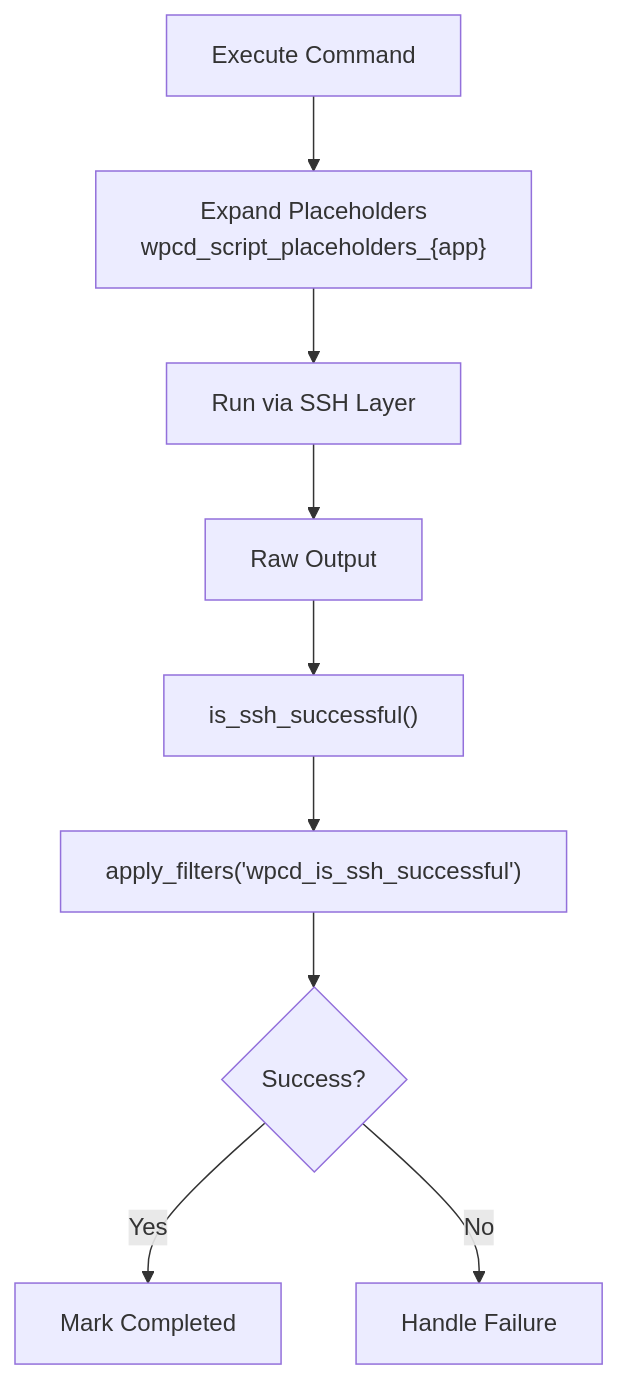
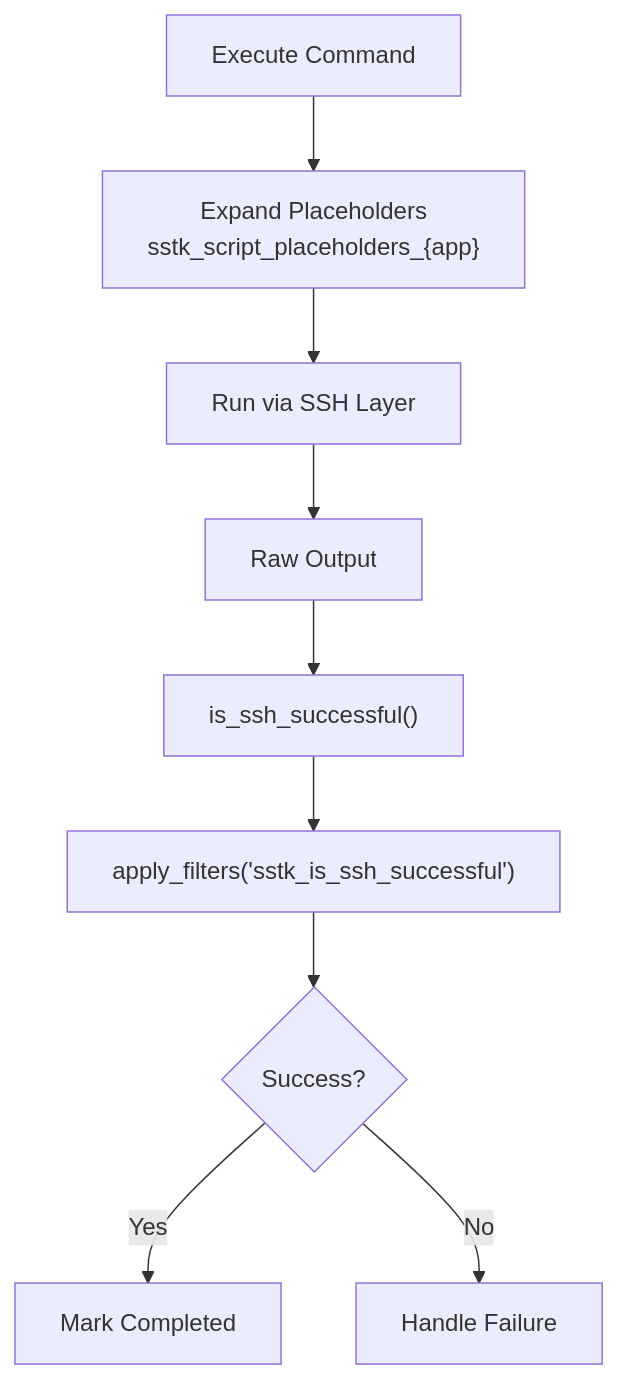
Before and after one commit to onedogsolutions/simple-stack: the fifth of 8 diagrams in .qoder/repowiki/en/content/WordPress Application Engine/Customization & Extension Points/Hook System & Lifecycle Customization.md, drawn with Mermaid. The commit also changed other lines of this file and 5941 other files, not shown here.

````diff
--- a/.qoder/repowiki/en/content/WordPress Application Engine/Customization & Extension Points/Hook System & Lifecycle Customization.md
+++ b/.qoder/repowiki/en/content/WordPress Application Engine/Customization & Extension Points/Hook System & Lifecycle Customization.md
@@ -199,11 +199,11 @@
 ```mermaid
 flowchart TD
-ExecStart["Execute Command"] --> Placeholders["Expand Placeholders<br/>wpcd_script_placeholders_{app}"]
+ExecStart["Execute Command"] --> Placeholders["Expand Placeholders<br/>sstk_script_placeholders_{app}"]
 Placeholders --> RunSSH["Run via SSH Layer"]
 RunSSH --> Result["Raw Output"]
 Result --> Evaluate["is_ssh_successful()"]
-Evaluate --> FilterSuccess["apply_filters('wpcd_is_ssh_successful')"]
+Evaluate --> FilterSuccess["apply_filters('sstk_is_ssh_successful')"]
 FilterSuccess --> Outcome{"Success?"}
 Outcome --> |Yes| Complete["Mark Completed"]
 Outcome --> |No| Fail["Handle Failure"]
 ```
````
